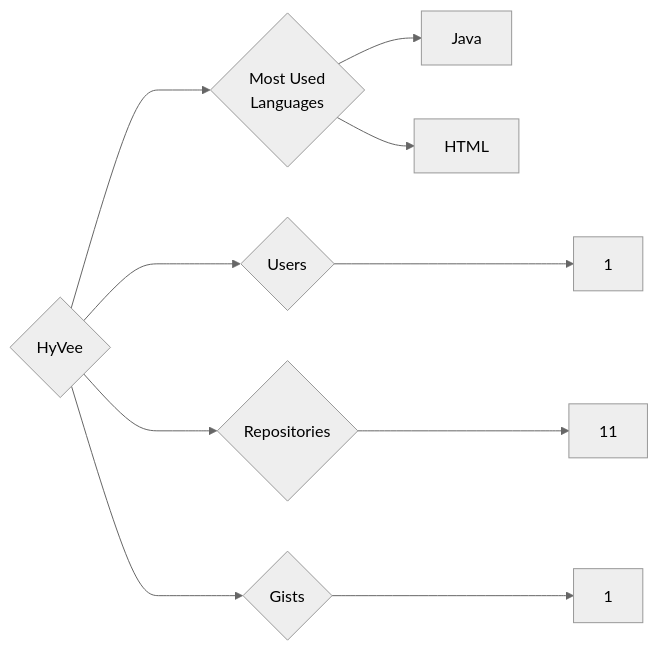
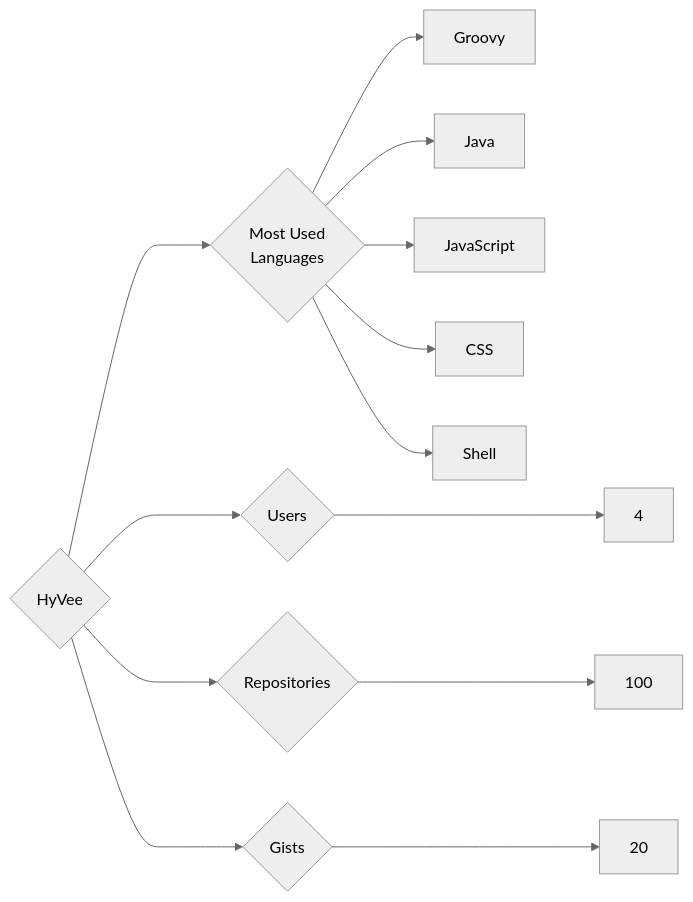
One commit to trickest/insiders changed the diagram in targets/HyVee/README.md. Above: the diagram before and after it, drawn with Mermaid (neutral theme). The commit also changed 942 other files, not shown here.

````diff
--- a/targets/HyVee/README.md
+++ b/targets/HyVee/README.md
@@ -3,10 +3,13 @@
 ```mermaid
 graph LR
 COMPANY_NAME{HyVee}
-COMPANY_NAME ---> U{Users} ---> UN[1]
-COMPANY_NAME ---> R{Repositories} ---> RN[11]
-COMPANY_NAME ---> G{Gists} ---> GN[1]
+COMPANY_NAME ---> U{Users} ---> UN[4]
+COMPANY_NAME ---> R{Repositories} ---> RN[100]
+COMPANY_NAME ---> G{Gists} ---> GN[20]
 COMPANY_NAME ---> ML{Most Used<br>Languages}
+ML --> Groovy[Groovy]
 ML --> Java[Java]
-ML --> HTML[HTML]
+ML --> JavaScript[JavaScript]
+ML --> CSS[CSS]
+ML --> Shell[Shell]
 ```
````
